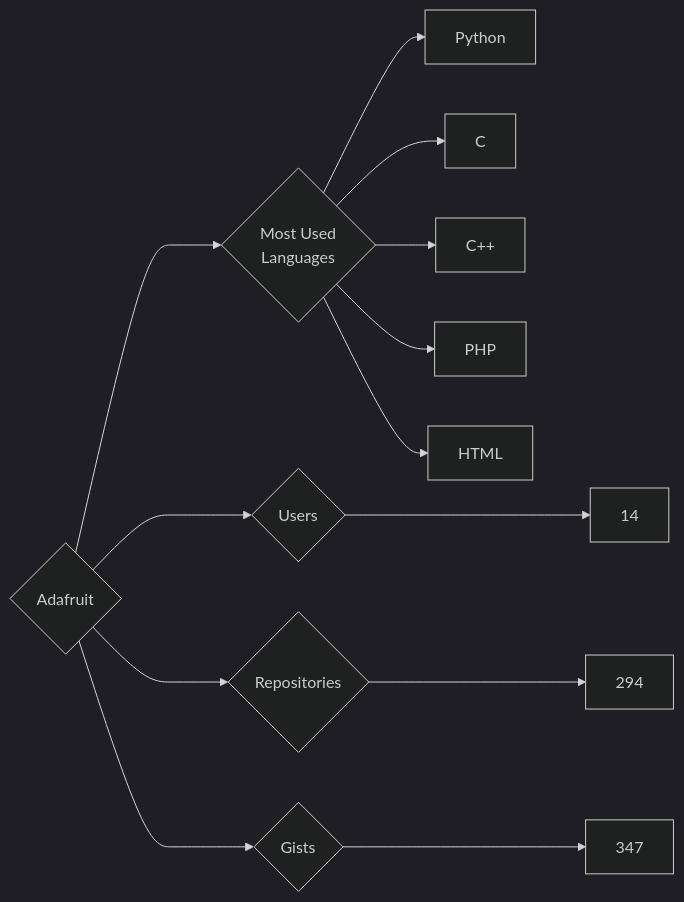
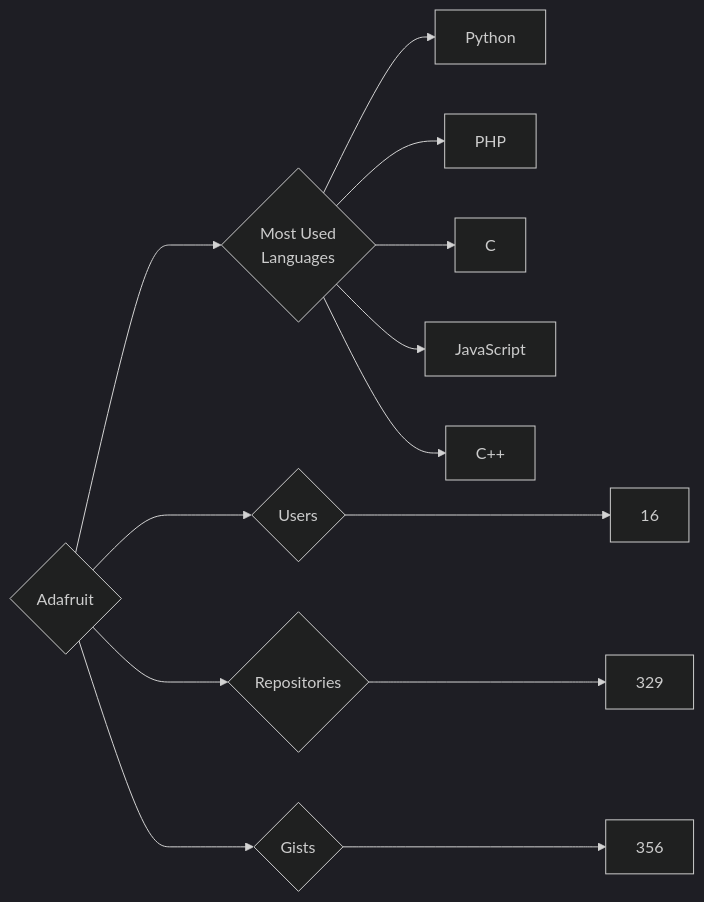
One commit to trickest/insiders changed the diagram in targets/Adafruit/README.md. Above: the diagram before and after it, drawn with Mermaid (dark theme). The commit also changed 699 other files, not shown here.

````diff
--- a/targets/Adafruit/README.md
+++ b/targets/Adafruit/README.md
@@ -3,13 +3,13 @@
 ```mermaid
 graph LR
 COMPANY_NAME{Adafruit}
-COMPANY_NAME ---> U{Users} ---> UN[14]
-COMPANY_NAME ---> R{Repositories} ---> RN[294]
-COMPANY_NAME ---> G{Gists} ---> GN[347]
+COMPANY_NAME ---> U{Users} ---> UN[16]
+COMPANY_NAME ---> R{Repositories} ---> RN[329]
+COMPANY_NAME ---> G{Gists} ---> GN[356]
 COMPANY_NAME ---> ML{Most Used<br>Languages}
 ML --> Python[Python]
+ML --> PHP[PHP]
 ML --> C[C]
+ML --> JavaScript[JavaScript]
 ML --> C++[C++]
-ML --> PHP[PHP]
-ML --> HTML[HTML]
 ```
````
